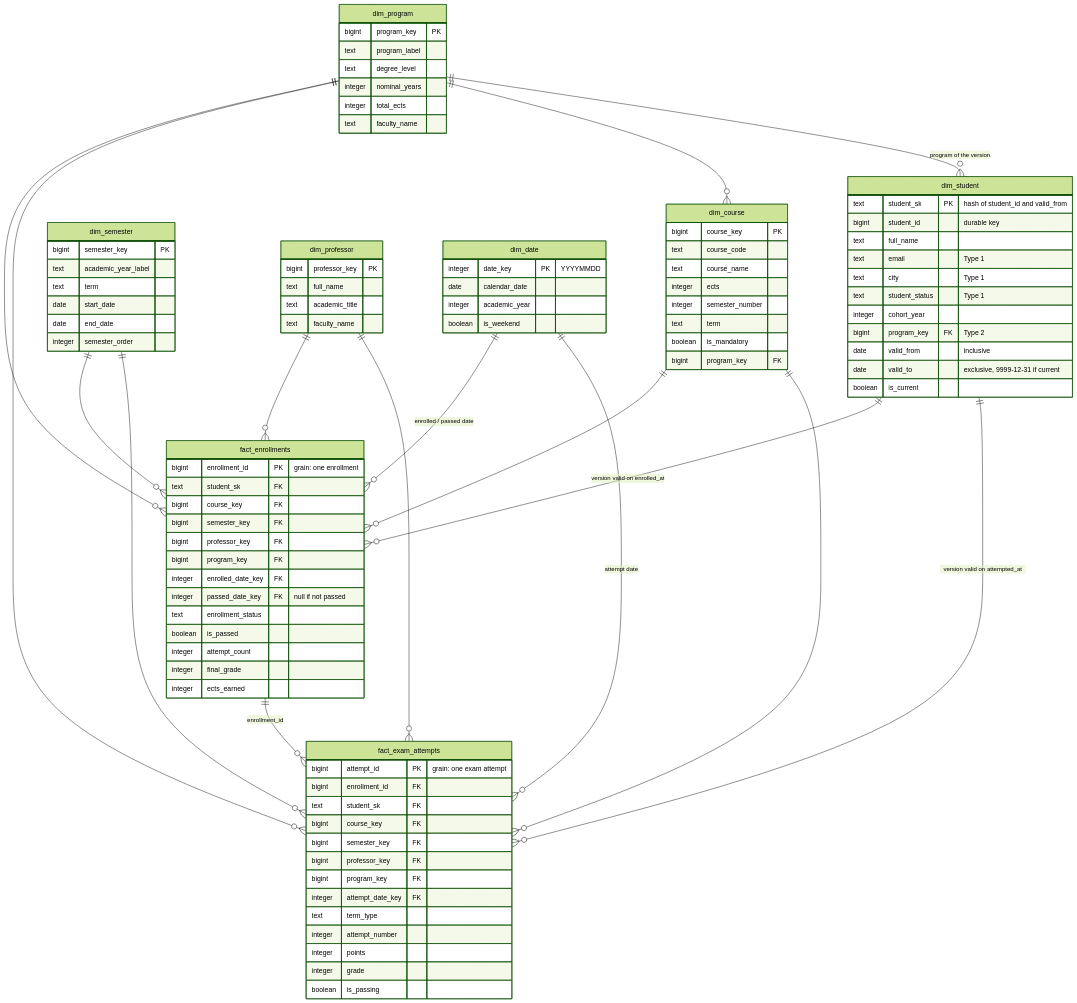
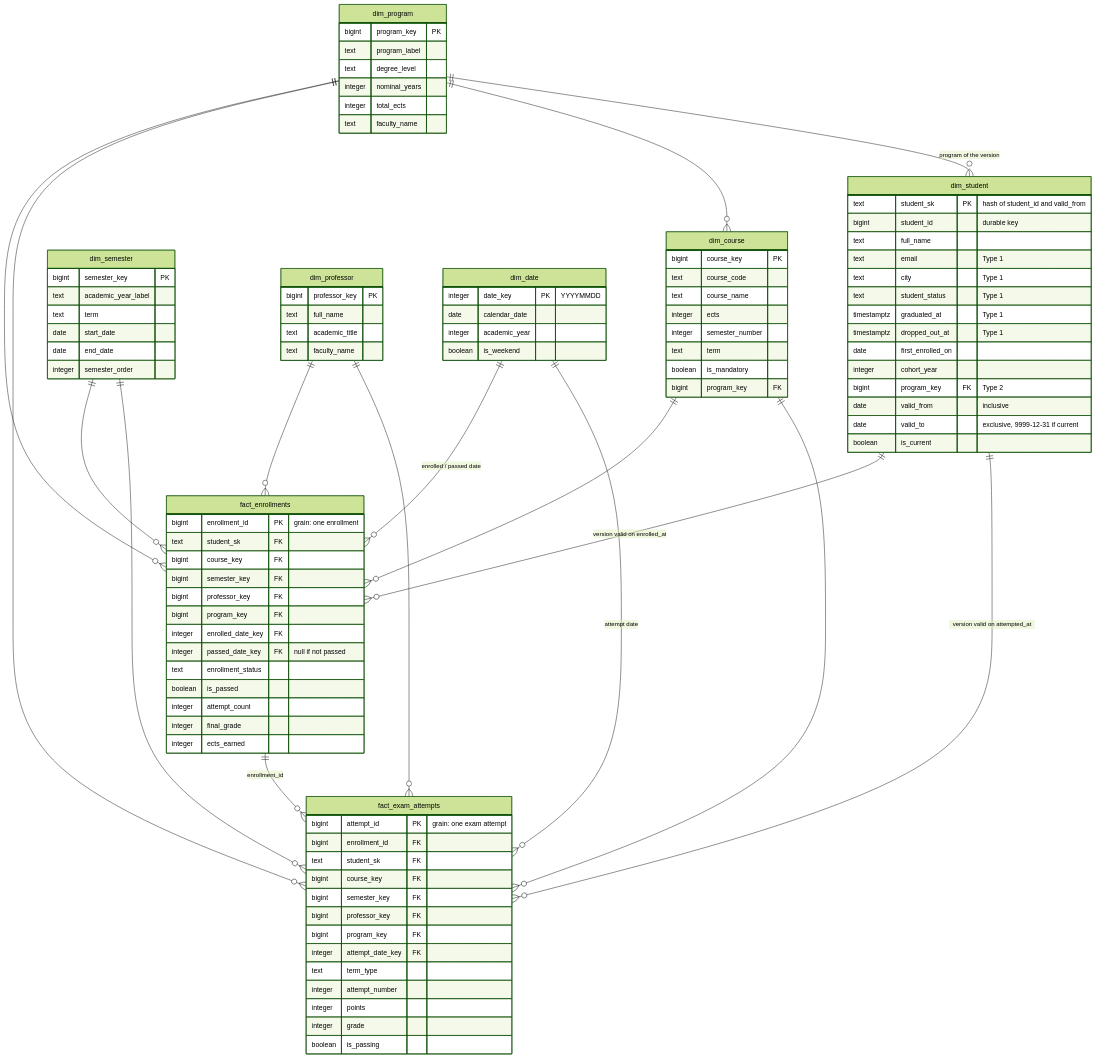
The diagram in docs/erd_warehouse.md (Vecoza/academic-data-platform), drawn with Mermaid (forest theme) before and after one commit. The commit also changed other lines of this file and 9 other files, not shown here.

Commit message:
Update design notes and add an architecture overview

```diff
--- a/docs/erd_warehouse.md
+++ b/docs/erd_warehouse.md
@@ -29,6 +29,9 @@
         text email "Type 1"
         text city "Type 1"
         text student_status "Type 1"
+        timestamptz graduated_at "Type 1"
+        timestamptz dropped_out_at "Type 1"
+        date first_enrolled_on
         integer cohort_year
         bigint program_key FK "Type 2"
         date valid_from "inclusive"
```
